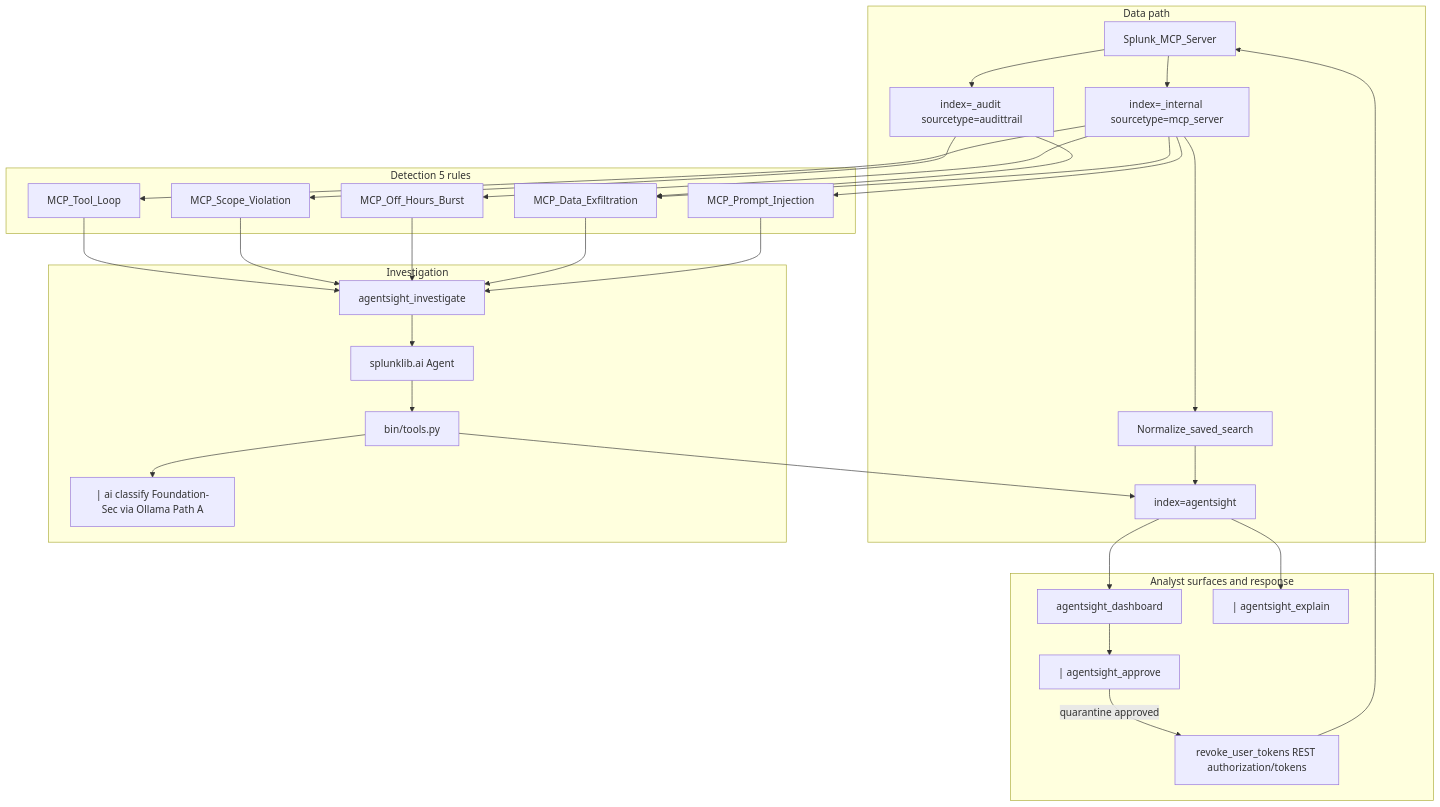
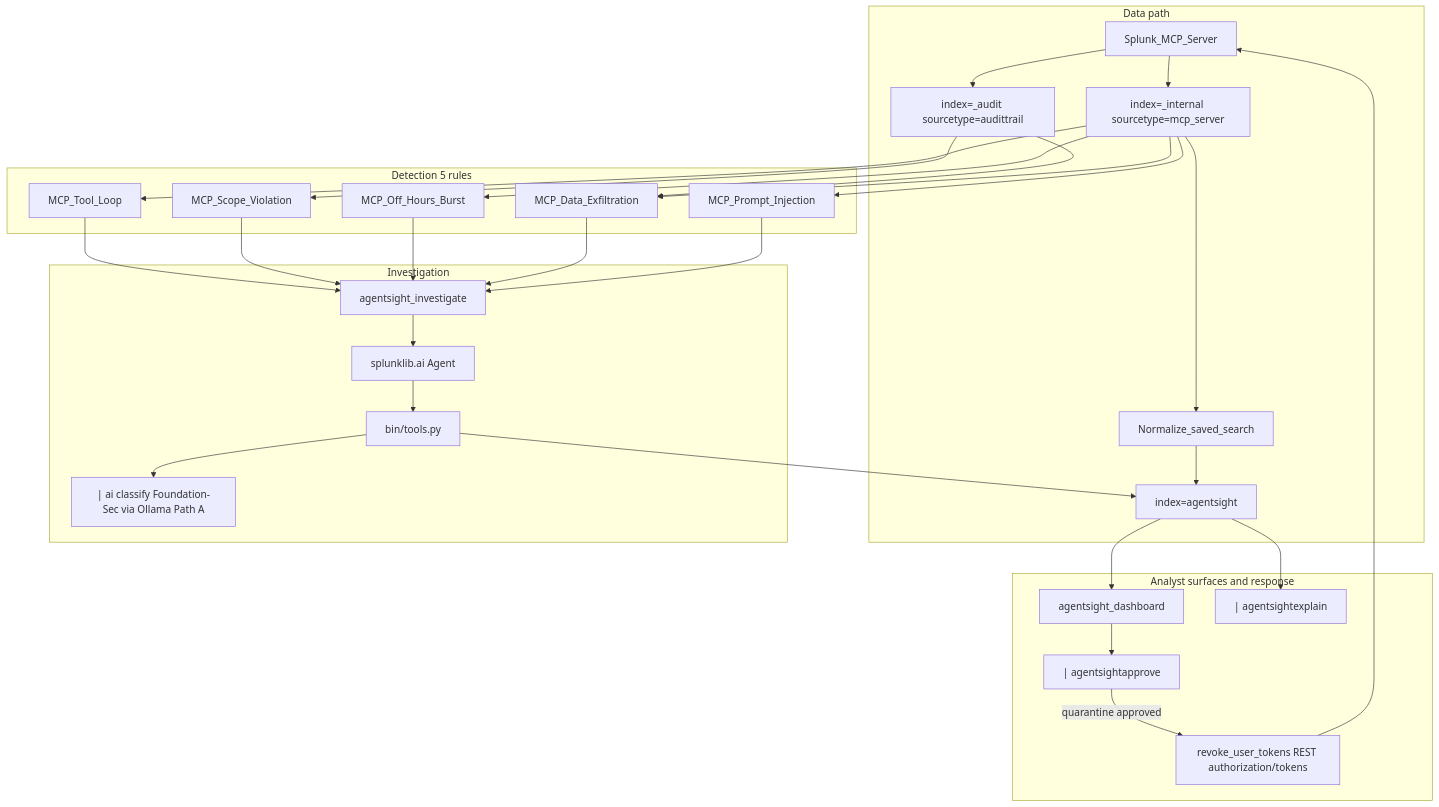
The diagram in architecture_diagram.md (prabhakaran-jm/agentsight), drawn with Mermaid before and after one commit. The commit also changed other lines of this file and 15 other files, not shown here.

Commit message:
Fix AgentSight custom search commands for Splunk registration and runtime. Rename SPL commands to agentsightapprove/agentsightexplain (no underscores), fix splunklib import path and validators, update approval dashboard SPL, and add install/verify/test scripts for deployment.

````diff
--- a/architecture_diagram.md
+++ b/architecture_diagram.md
@@ -9,56 +9,56 @@
 ```mermaid
 flowchart TD
     subgraph ingest [Data path]
         MCP[Splunk_MCP_Server]
         Internal["index=_internal sourcetype=mcp_server"]
         Audit["index=_audit sourcetype=audittrail"]
         NormSS[Normalize_saved_search]
         AgentsightIdx["index=agentsight"]
         MCP --> Internal
         MCP --> Audit
         Internal --> NormSS
         NormSS --> AgentsightIdx
     end
 
     subgraph detect [Detection 5 rules]
         R1[MCP_Tool_Loop]
         R2[MCP_Scope_Violation]
         R3[MCP_Off_Hours_Burst]
         R4[MCP_Data_Exfiltration]
         R5[MCP_Prompt_Injection]
         Internal --> R1
         Internal --> R3
         Internal --> R5
         Audit --> R2
         Audit --> R4
         Internal --> R4
     end
 
     subgraph investigate [Investigation]
         Alert[agentsight_investigate]
         Tools[bin/tools.py]
         AIAgent["splunklib.ai Agent"]
         PipeAI["| ai classify Foundation-Sec via Ollama Path A"]
         R1 --> Alert
         R2 --> Alert
         R3 --> Alert
         R4 --> Alert
         R5 --> Alert
         Alert --> AIAgent
         AIAgent --> Tools
         Tools --> PipeAI
         Tools --> AgentsightIdx
     end
 
     subgraph analyst [Analyst surfaces and response]
         Dash[agentsight_dashboard]
-        Approve["| agentsight_approve"]
-        Explain["| agentsight_explain"]
+        Approve["| agentsightapprove"]
+        Explain["| agentsightexplain"]
         Quarantine["revoke_user_tokens REST authorization/tokens"]
         AgentsightIdx --> Dash
         Dash --> Approve
         Approve -->|quarantine approved| Quarantine
         Quarantine --> MCP
         AgentsightIdx --> Explain
     end
 ```
````
